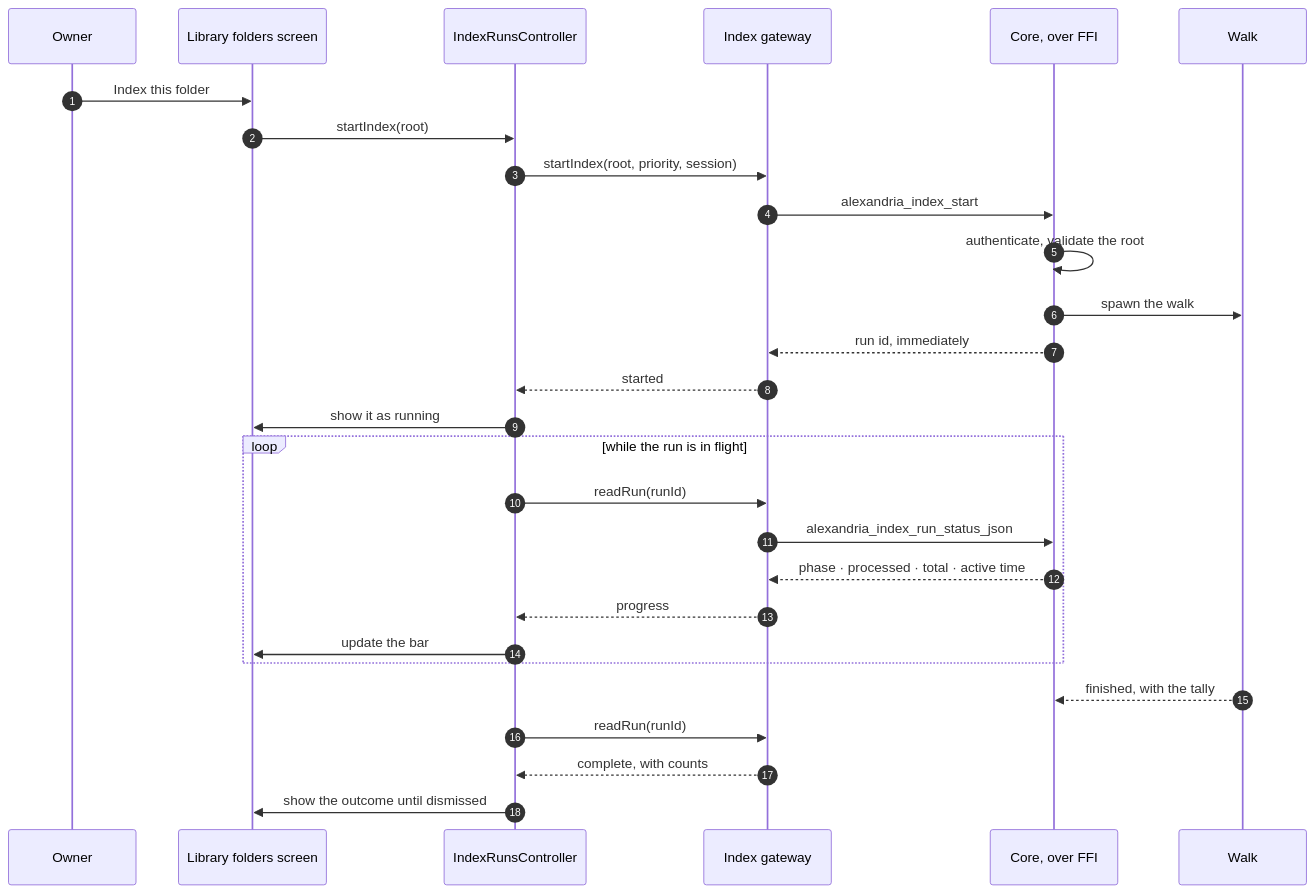
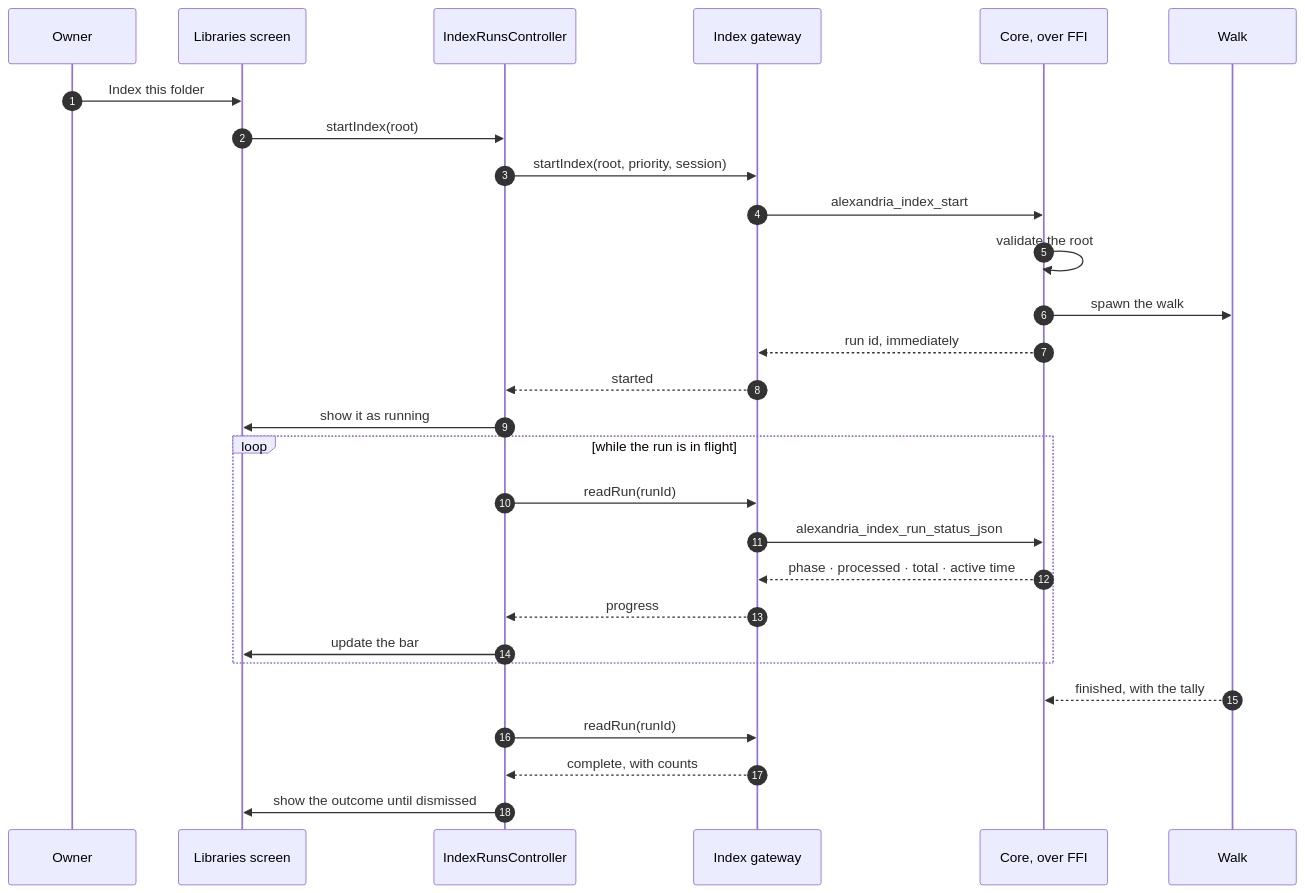
One commit to artur-rios/alexandria-docs changed the seventh of 8 diagrams in content/en/docs/architecture/_index.md. Above: the diagram before and after it, drawn with Mermaid. The commit also changed other lines of this file and 6 other files, not shown here.

````diff
--- a/content/en/docs/architecture/_index.md
+++ b/content/en/docs/architecture/_index.md
@@ -252,33 +204,33 @@
 ```mermaid
 sequenceDiagram
     autonumber
     participant U as Owner
-    participant S as Library folders screen
+    participant S as Libraries screen
     participant C as IndexRunsController
     participant G as Index gateway
     participant K as Core, over FFI
     participant W as Walk
 
     U->>S: Index this folder
     S->>C: startIndex(root)
     C->>G: startIndex(root, priority, session)
     G->>K: alexandria_index_start
-    K->>K: authenticate, validate the root
+    K->>K: validate the root
     K->>W: spawn the walk
     K-->>G: run id, immediately
     G-->>C: started
     C->>S: show it as running
 
     loop while the run is in flight
         C->>G: readRun(runId)
         G->>K: alexandria_index_run_status_json
         K-->>G: phase · processed · total · active time
         G-->>C: progress
         C->>S: update the bar
     end
 
     W-->>K: finished, with the tally
     C->>G: readRun(runId)
     G-->>C: complete, with counts
     C->>S: show the outcome until dismissed
 ```
````
